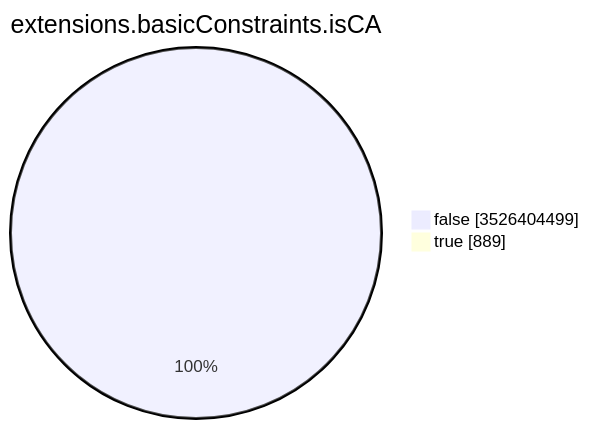
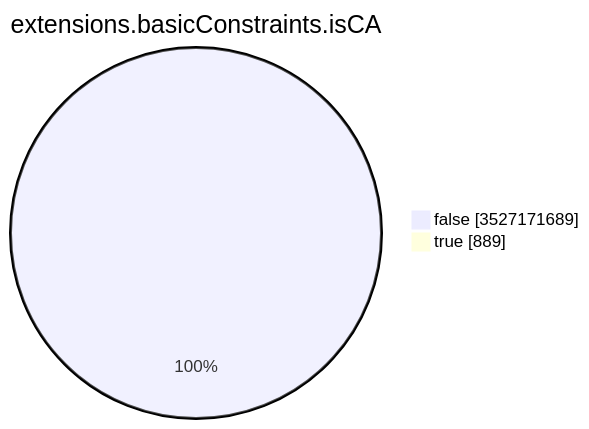
The seventh of 15 diagrams in TOTAL/README.md (christiankrug/ctmonitor_visualization), drawn with Mermaid before and after one commit. The commit also changed other lines of this file, not shown here.

````diff
--- a/TOTAL/README.md
+++ b/TOTAL/README.md
@@ -3094,6 +3094,6 @@
 ```mermaid
 pie showData
 title extensions.basicConstraints.isCA
-"false" :3526404499
+"false" :3527171689
 "true" :889
 ```
````
